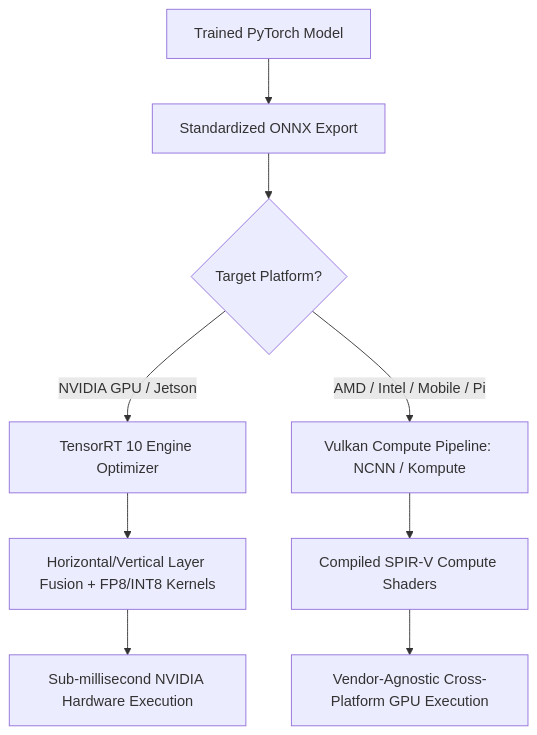
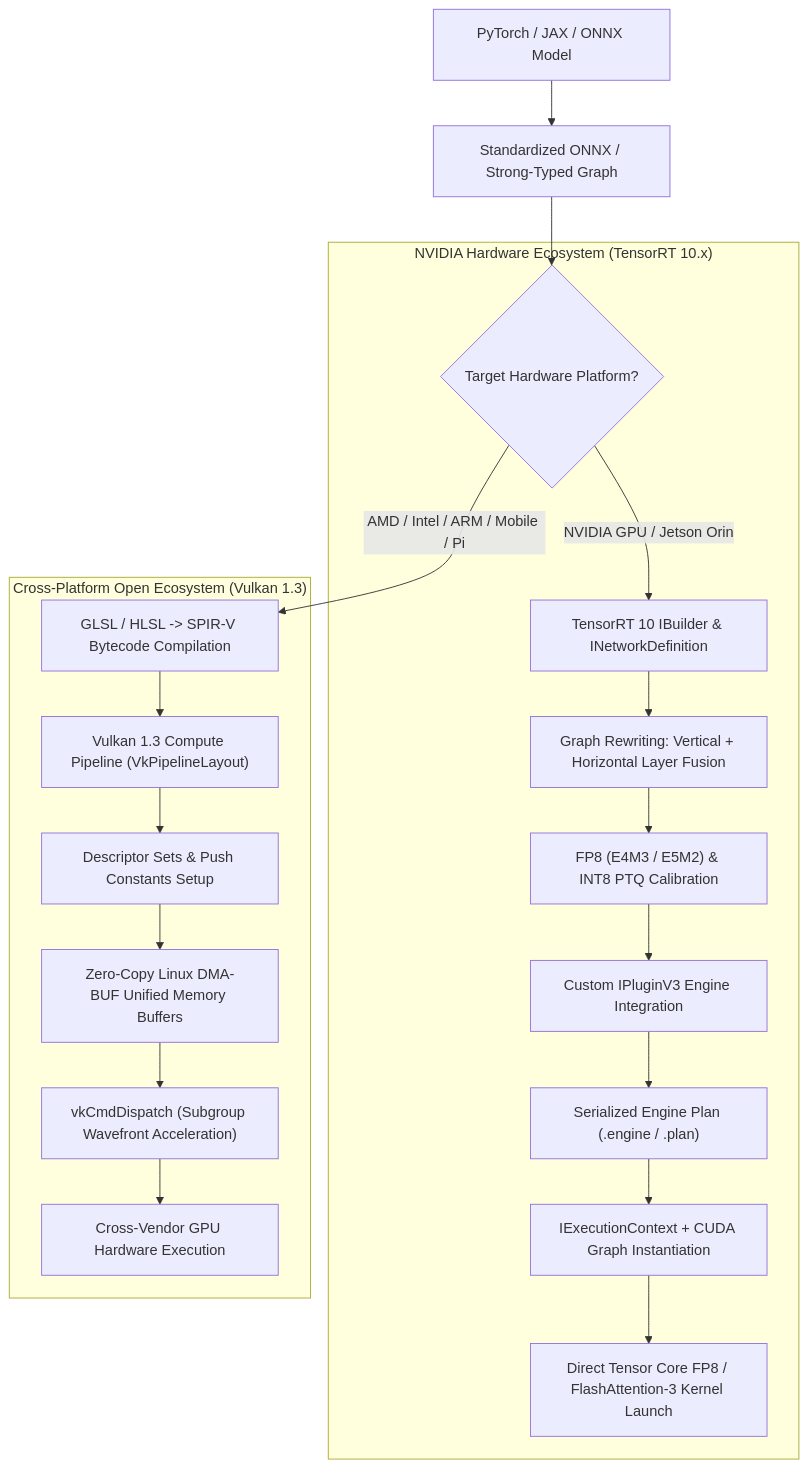
One commit to sergiomh499/cv-projects changed the diagram in architectures/hardware-and-acceleration-runtimes/tensorrt-and-vulkan.md. Above: the diagram before and after it, drawn with Mermaid. The commit also changed other lines of this file and 41 other files, not shown here.

Commit message:
docs(vault): deep expansion across 20 topic production pipelines, 2025-2026 architectures (RF-DETR, Qwen2.5-VL, MambaVision), and complete taxonomy matrices

````diff
--- a/architectures/hardware-and-acceleration-runtimes/tensorrt-and-vulkan.md
+++ b/architectures/hardware-and-acceleration-runtimes/tensorrt-and-vulkan.md
@@ -36,12 +42,24 @@
 ```mermaid
 flowchart TD
-    PyTorch["Trained PyTorch Model"] --> ONNX["Standardized ONNX Export"]
-    ONNX --> Branch{"Target Platform?"}
-    Branch -->|NVIDIA GPU / Jetson| TRT["TensorRT 10 Engine Optimizer"]
-    Branch -->|AMD / Intel / Mobile / Pi| Vulkan["Vulkan Compute Pipeline: NCNN / Kompute"]
-    TRT --> FusedTRT["Horizontal/Vertical Layer Fusion + FP8/INT8 Kernels"]
-    Vulkan --> SPIRV["Compiled SPIR-V Compute Shaders"]
-    FusedTRT --> Out1["Sub-millisecond NVIDIA Hardware Execution"]
-    SPIRV --> Out2["Vendor-Agnostic Cross-Platform GPU Execution"]
+    Model["PyTorch / JAX / ONNX Model"] --> ModelExport["Standardized ONNX / Strong-Typed Graph"]
+    ModelExport --> TargetRouting{"Target Hardware Platform?"}
 
+    subgraph NVIDIA_Ecosystem ["NVIDIA Hardware Ecosystem (TensorRT 10.x)"]
+        TargetRouting -->|NVIDIA GPU / Jetson Orin| TRTBuilder["TensorRT 10 IBuilder & INetworkDefinition"]
+        TRTBuilder --> GraphOpt["Graph Rewriting: Vertical + Horizontal Layer Fusion"]
+        GraphOpt --> FP8Quant["FP8 (E4M3 / E5M2) & INT8 PTQ Calibration"]
+        FP8Quant --> PluginV3["Custom IPluginV3 Engine Integration"]
+        PluginV3 --> PlanFile["Serialized Engine Plan (.engine / .plan)"]
+        PlanFile --> CUDAGraphs["IExecutionContext + CUDA Graph Instantiation"]
+        CUDAGraphs --> NVExecution["Direct Tensor Core FP8 / FlashAttention-3 Kernel Launch"]
+    end
+
+    subgraph Cross_Platform_Vulkan ["Cross-Platform Open Ecosystem (Vulkan 1.3)"]
+        TargetRouting -->|AMD / Intel / ARM / Mobile / Pi| SPIRVCompiler["GLSL / HLSL -> SPIR-V Bytecode Compilation"]
+        SPIRVCompiler --> VkPipeline["Vulkan 1.3 Compute Pipeline (VkPipelineLayout)"]
+        VkPipeline --> DescriptorSets["Descriptor Sets & Push Constants Setup"]
+        DescriptorSets --> DMABUF["Zero-Copy Linux DMA-BUF Unified Memory Buffers"]
+        DMABUF --> VkDispatch["vkCmdDispatch (Subgroup Wavefront Acceleration)"]
+        VkDispatch --> OpenExecution["Cross-Vendor GPU Hardware Execution"]
+    end
 ```
````
